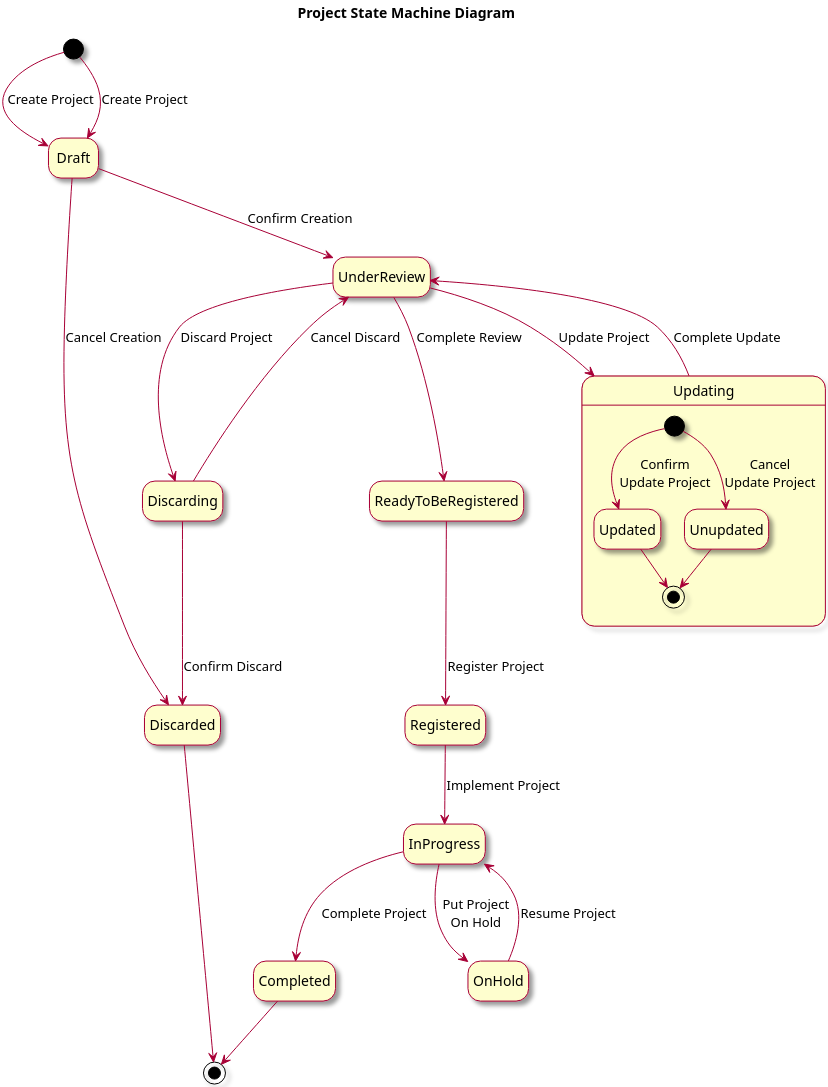
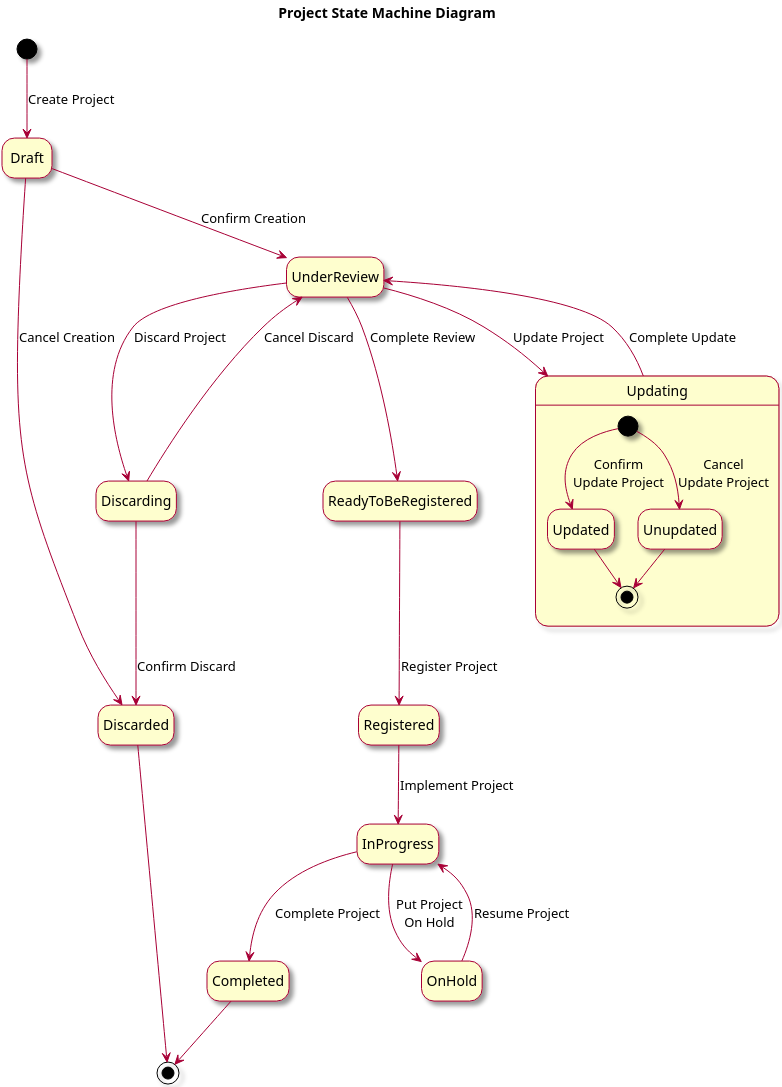
One commit to Marowota/SE100-plantuml changed the diagram in State Machine Diagram/Project State Diagram.puml. Above: the diagram before and after it, drawn with PlantUML.

Commit message:
Add project state machine title

```diff
--- a/State Machine Diagram/Project State Diagram.puml
+++ b/State Machine Diagram/Project State Diagram.puml
@@ -1,33 +1,31 @@
 @startuml ProjectStateDiagram
 skin rose
 hide empty description
 scale 6
 
 title Project State Machine Diagram
-
-[*] --> Draft : Create Project
 
 [*] --> Draft : Create Project
 Draft --> UnderReview : Confirm Creation
 Draft --> Discarded : Cancel Creation
 UnderReview --> Discarding: Discard Project
 UnderReview --> Updating : Update Project
 Updating --> UnderReview : Complete Update
 Discarding --> Discarded : Confirm Discard
 Discarding --> UnderReview : Cancel Discard
 UnderReview --> ReadyToBeRegistered : Complete Review
 ReadyToBeRegistered --> Registered : Register Project
 Registered --> InProgress : Implement Project
 InProgress --> Completed : Complete Project
 InProgress --> OnHold : Put Project\nOn Hold
 OnHold --> InProgress : Resume Project
 Discarded --> [*]
 Completed --> [*]
 
 state Updating {
     [*] --> Updated : Confirm\nUpdate Project
     Updated --> [*]
     [*] --> Unupdated : Cancel\nUpdate Project
     Unupdated --> [*]
 }
 @enduml
```
